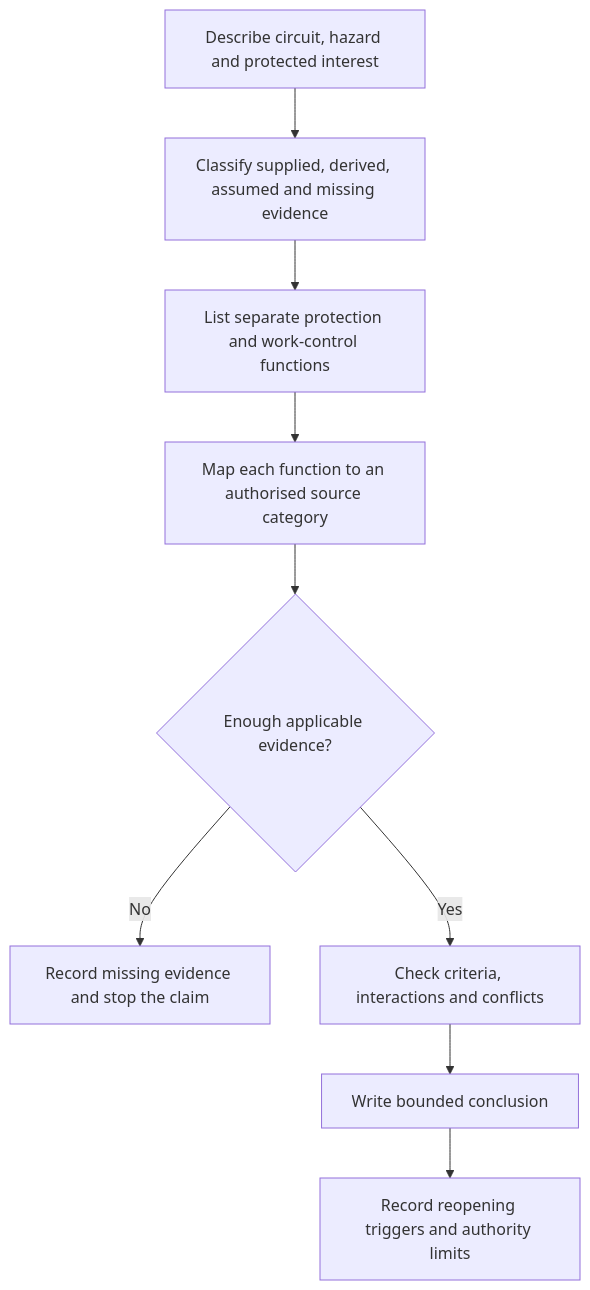
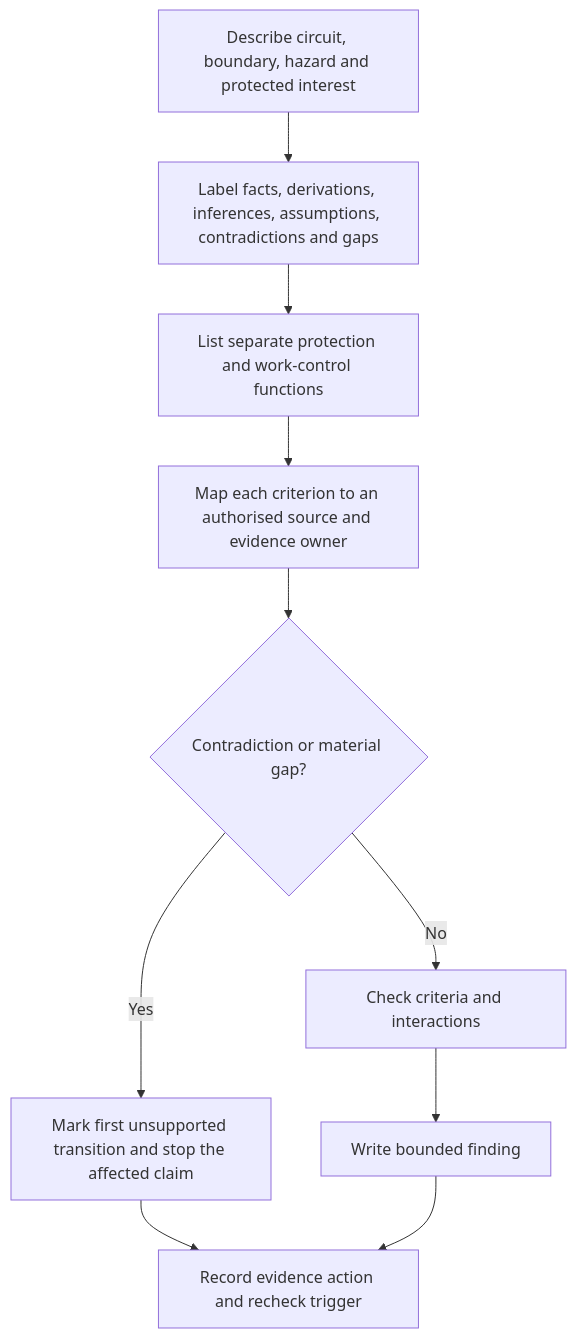
One commit to andrew3stedall/capstone changed the first of 2 diagrams in docs/learning-plans/12-week/modules/day-13-protection-selection-evidence-workflow-using-original-scenarios.md. Above: the diagram before and after it, drawn with Mermaid. The commit also changed other lines of this file, not shown here.

Commit message:
Improve Day 13 protection evidence workflow

````diff
--- a/docs/learning-plans/12-week/modules/day-13-protection-selection-evidence-workflow-using-original-scenarios.md
+++ b/docs/learning-plans/12-week/modules/day-13-protection-selection-evidence-workflow-using-original-scenarios.md
@@ -101,11 +108,12 @@
 ```mermaid
 flowchart TD
-    A["Describe circuit, hazard and protected interest"] --> B["Classify supplied, derived, assumed and missing evidence"]
+    A["Describe circuit, boundary, hazard and protected interest"] --> B["Label facts, derivations, inferences, assumptions, contradictions and gaps"]
     B --> C["List separate protection and work-control functions"]
-    C --> D["Map each function to an authorised source category"]
-    D --> E{"Enough applicable evidence?"}
-    E -->|"No"| F["Record missing evidence and stop the claim"]
-    E -->|"Yes"| G["Check criteria, interactions and conflicts"]
-    G --> H["Write bounded conclusion"]
-    H --> I["Record reopening triggers and authority limits"]
+    C --> D["Map each criterion to an authorised source and evidence owner"]
+    D --> E{"Contradiction or material gap?"}
+    E -->|"Yes"| F["Mark first unsupported transition and stop the affected claim"]
+    E -->|"No"| G["Check criteria and interactions"]
+    F --> H["Record evidence action and recheck trigger"]
+    G --> I["Write bounded finding"]
+    I --> H
 ```
````
